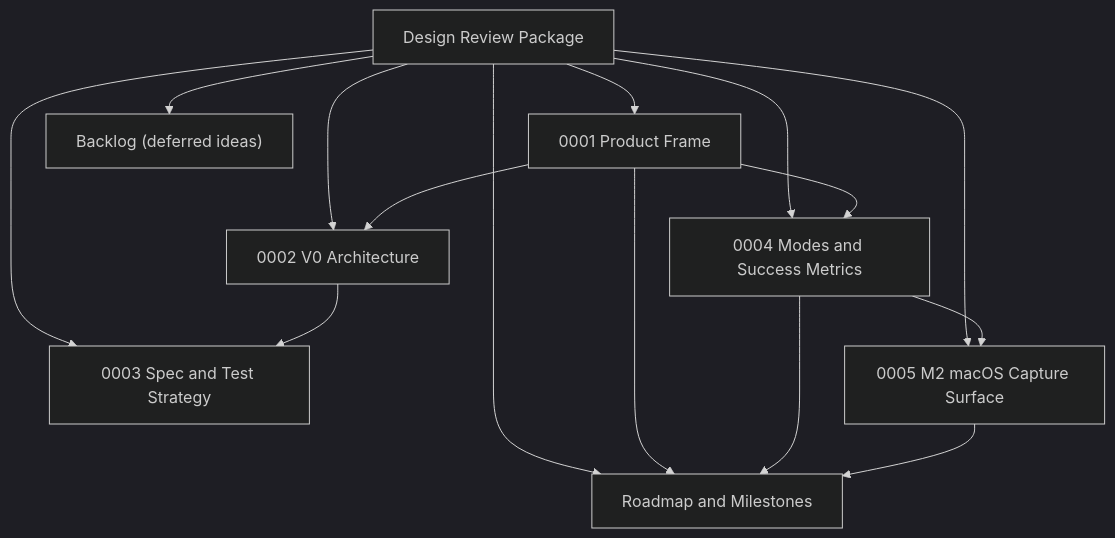
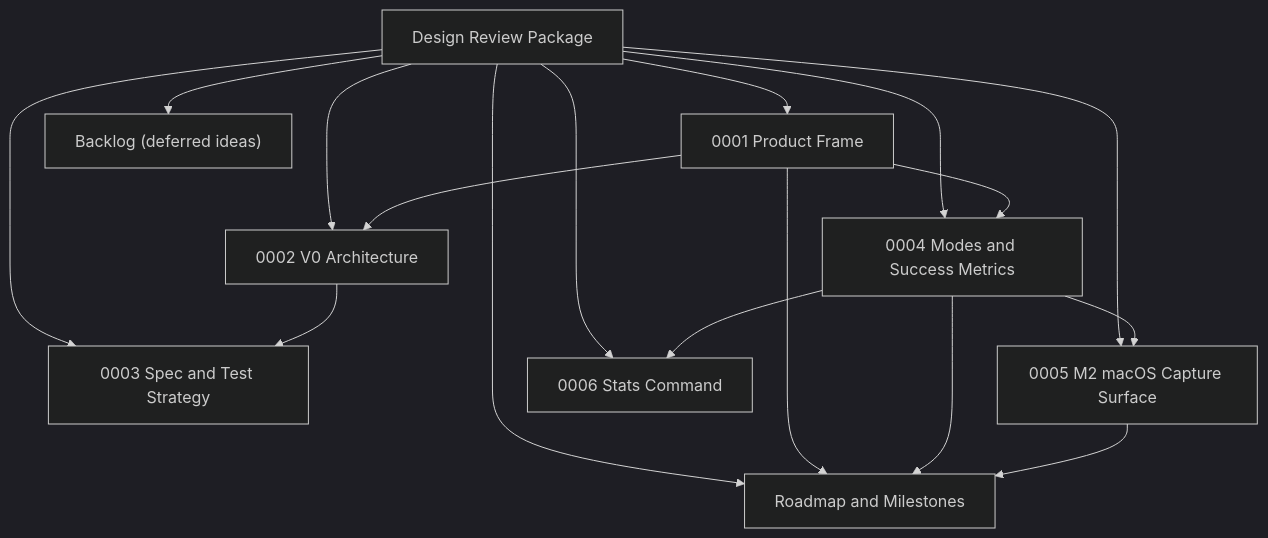
The diagram in docs/design/README.md (flyingrobots/think), drawn with Mermaid (dark theme) before and after one commit. The commit also changed other lines of this file and 4 other files, not shown here.

````diff
--- a/docs/design/README.md
+++ b/docs/design/README.md
@@ -32,17 +33,19 @@
 ```mermaid
 flowchart TD
     R["Design Review Package"] --> P["0001 Product Frame"]
     R --> A["0002 V0 Architecture"]
     R --> T["0003 Spec and Test Strategy"]
     R --> M["0004 Modes and Success Metrics"]
     R --> M2["0005 M2 macOS Capture Surface"]
+    R --> S["0006 Stats Command"]
     R --> RD["Roadmap and Milestones"]
     R --> BL["Backlog (deferred ideas)"]
     P --> A
     P --> M
     A --> T
     P --> RD
     M --> RD
     M --> M2
+    M --> S
     M2 --> RD
 ```
````
